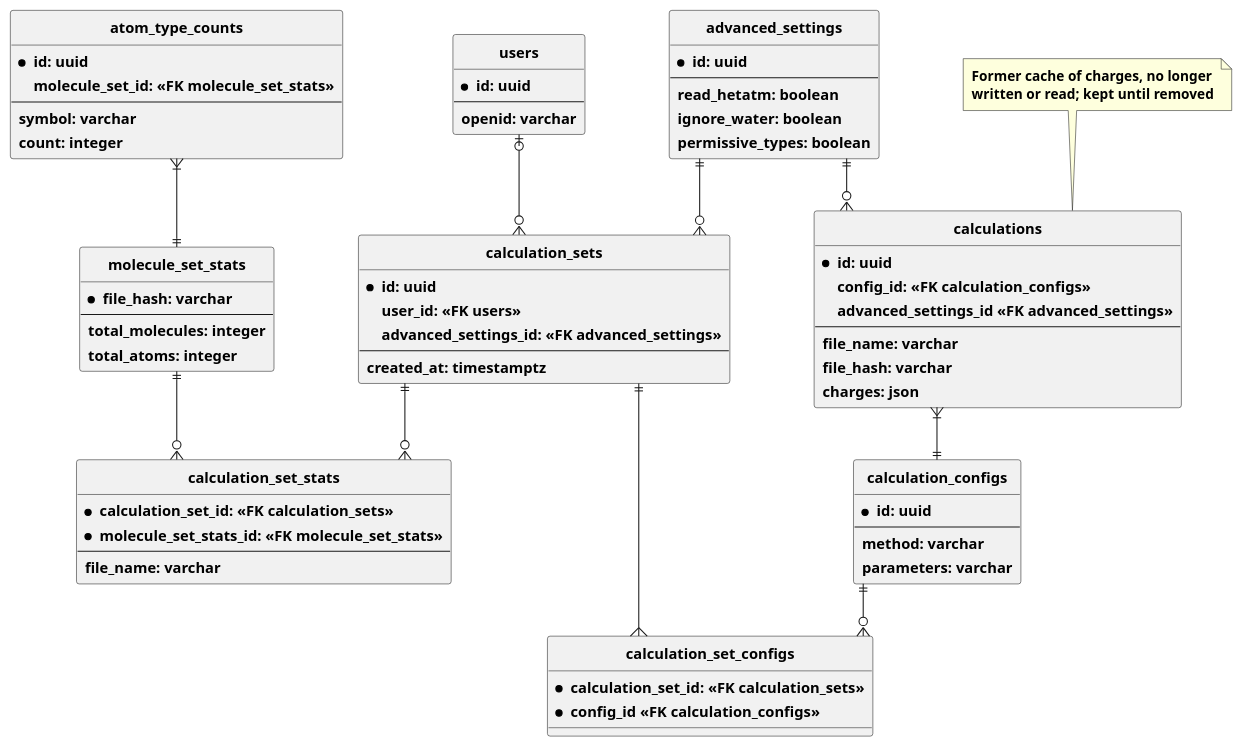
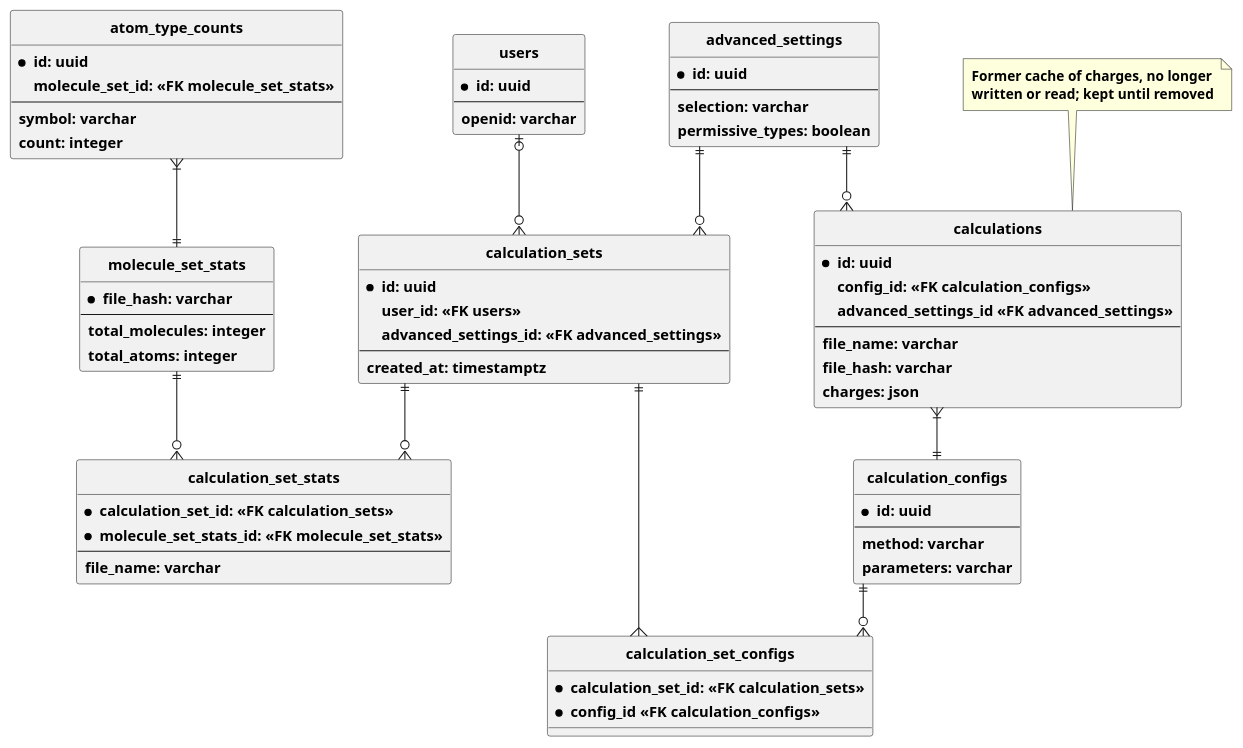
One commit to sb-ncbr/AtomicChargeCalculator changed the diagram in docs/backend/db/schema.puml. Above: the diagram before and after it, drawn with PlantUML. The commit also changed 27 other files, not shown here.

```diff
--- a/docs/backend/db/schema.puml
+++ b/docs/backend/db/schema.puml
@@ -1,104 +1,102 @@
 @startuml database_schema
 
 skinparam Linetype ortho
 skinparam Nodesep 80
 skinparam Ranksep 50
 skinparam padding 2
 skinparam shadowing false
 skinparam backgroundColor transparent
-skinparam handwritten false
 skinparam ClassFontStyle bold
 skinparam ClassAttributeFontStyle   bold
 skinparam NoteFontStyle bold
 
 hide circle
 
 entity users {
     * id: uuid
     ---
     openid: varchar
 }
 
 entity calculation_sets {
     * id: uuid
     user_id: <<FK users>>
     advanced_settings_id: <<FK advanced_settings>> 
     ---
     created_at: timestamptz
 }
 
 entity calculation_set_configs {
     * calculation_set_id: <<FK calculation_sets>>
     * config_id <<FK calculation_configs>>
 }
 
 entity calculation_configs {
     * id: uuid
     ---
     method: varchar
     parameters: varchar
 }
 
 entity calculation_set_stats {
     * calculation_set_id: <<FK calculation_sets>>
     * molecule_set_stats_id: <<FK molecule_set_stats>>
     ---
     file_name: varchar
 }
 
 entity calculations {
     * id: uuid
     config_id: <<FK calculation_configs>>
     advanced_settings_id <<FK advanced_settings>>
     ---
     file_name: varchar
     file_hash: varchar
     charges: json
 }
 
 entity molecule_set_stats {
     * file_hash: varchar
     ---
     total_molecules: integer
     total_atoms: integer
 }
 
 entity atom_type_counts {
     * id: uuid
     molecule_set_id: <<FK molecule_set_stats>>
     ---
     symbol: varchar
     count: integer
 }
 
 entity advanced_settings {
     * id: uuid
     ---
-    read_hetatm: boolean
-    ignore_water: boolean
+    selection: varchar
     permissive_types: boolean
 }
 
 note top of calculations {
     Former cache of charges, no longer
     written or read; kept until removed
 }
 
 calculation_sets }o-u-o| users
 
 ' M:N between calculation_sets and configs
 calculation_sets ||--{ calculation_set_configs
 calculation_configs ||--o{ calculation_set_configs
 
 calculations }|--|| calculation_configs
 
 molecule_set_stats ||-u-|{ atom_type_counts
 
 ' M:N between calculation_sets and molecule_set_stats
 calculation_sets ||--o{ calculation_set_stats
 molecule_set_stats ||--o{ calculation_set_stats
 
 advanced_settings ||--o{ calculation_sets
 advanced_settings ||--o{ calculations
 
 @enduml
```
